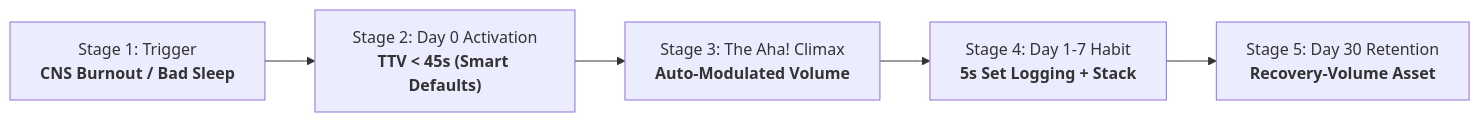
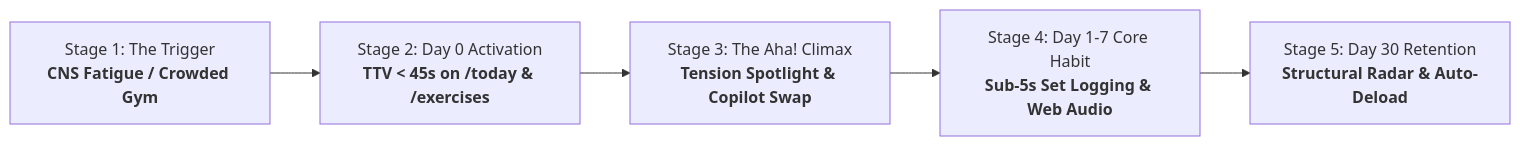
The diagram in docs/strategy/customer-journey-map.md (aroucadi/vyra), drawn with Mermaid before and after one commit. The commit also changed other lines of this file and 15 other files, not shown here.

Commit message:
docs: synchronize experience architecture and strategy roadmap with Specs 001-018 production reality

````diff
--- a/docs/strategy/customer-journey-map.md
+++ b/docs/strategy/customer-journey-map.md
@@ -26,7 +30,7 @@
 ```mermaid
 flowchart LR
-    M1["Stage 1: Trigger<br/><b>CNS Burnout / Bad Sleep</b>"] --> M2["Stage 2: Day 0 Activation<br/><b>TTV < 45s (Smart Defaults)</b>"]
-    M2 --> M3["Stage 3: The Aha! Climax<br/><b>Auto-Modulated Volume</b>"]
-    M3 --> M4["Stage 4: Day 1-7 Habit<br/><b>5s Set Logging + Stack</b>"]
-    M4 --> M5["Stage 5: Day 30 Retention<br/><b>Recovery-Volume Asset</b>"]
+    S1["Stage 1: The Trigger<br/><b>CNS Fatigue / Crowded Gym</b>"] --> S2["Stage 2: Day 0 Activation<br/><b>TTV < 45s on /today & /exercises</b>"]
+    S2 --> S3["Stage 3: The Aha! Climax<br/><b>Tension Spotlight & Copilot Swap</b>"]
+    S3 --> S4["Stage 4: Day 1-7 Core Habit<br/><b>Sub-5s Set Logging & Web Audio</b>"]
+    S4 --> S5["Stage 5: Day 30 Retention<br/><b>Structural Radar & Auto-Deload</b>"]
 ```
````
